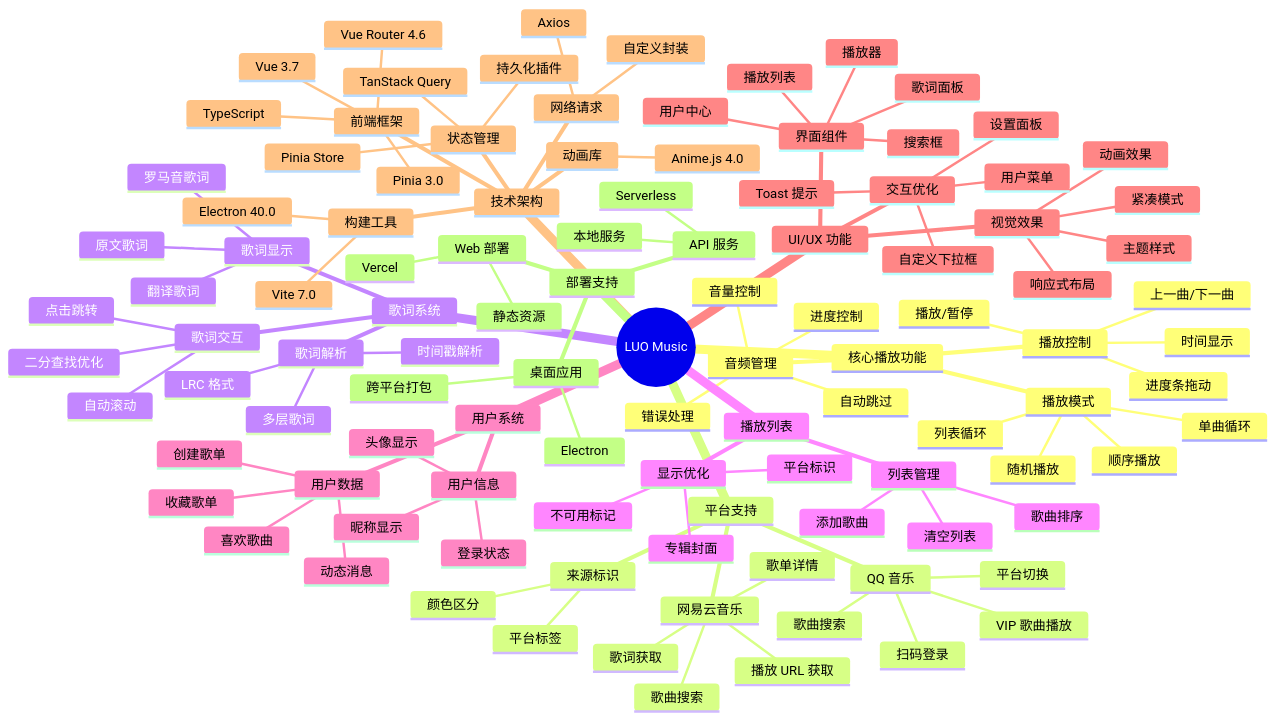
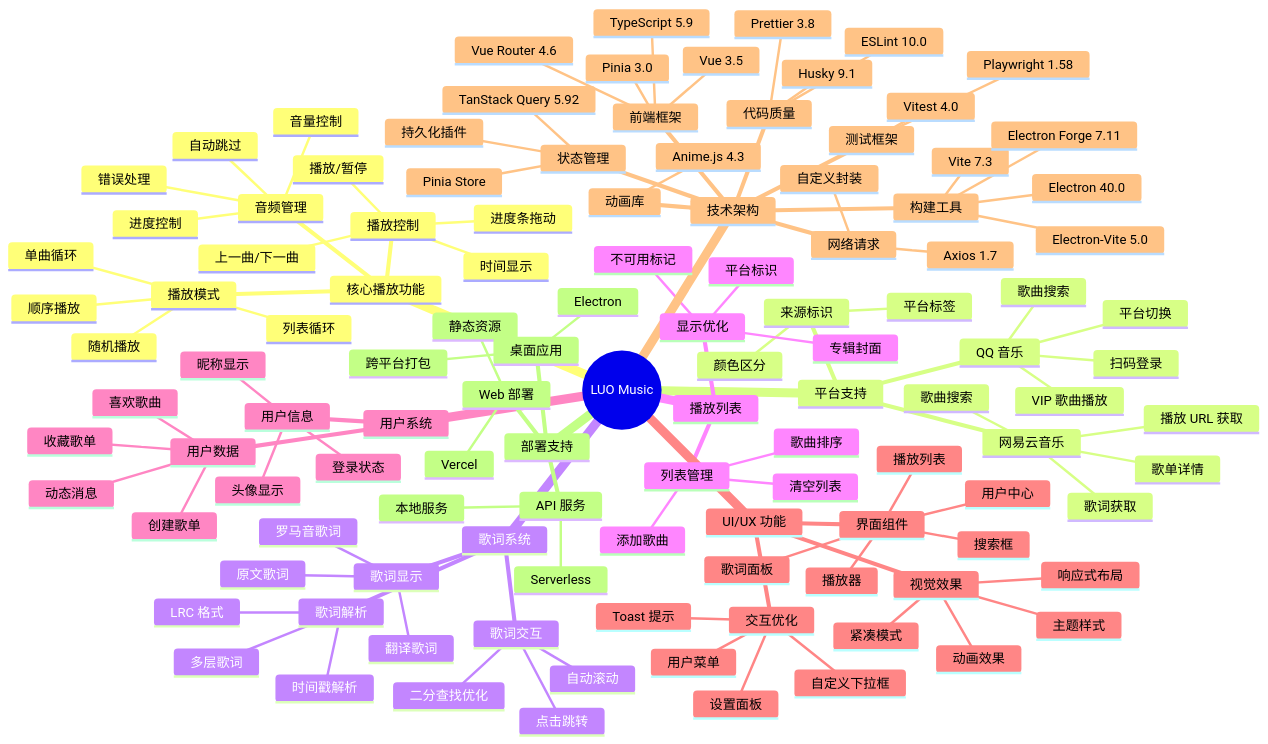
One commit to sansenjian/Luo-Music changed the diagram in README.md. Above: the diagram before and after it, drawn with Mermaid. The commit also changed other lines of this file and 314 other files, not shown here.

```diff
--- a/README.md
+++ b/README.md
@@ -142,22 +155,31 @@
     
     技术架构
       前端框架
-        Vue 3.7
+        Vue 3.5
         Pinia 3.0
         Vue Router 4.6
-        TypeScript
+        TypeScript 5.9
       构建工具
-        Vite 7.0
+        Vite 7.3
         Electron 40.0
+        Electron-Vite 5.0
+        Electron Forge 7.11
       动画库
-        Anime.js 4.0
+        Anime.js 4.3
       状态管理
         Pinia Store
-        TanStack Query
+        TanStack Query 5.92
         持久化插件
       网络请求
-        Axios
+        Axios 1.7
         自定义封装
+      代码质量
+        ESLint 10.0
+        Prettier 3.8
+        Husky 9.1
+      测试框架
+        Vitest 4.0
+        Playwright 1.58
     
     部署支持
       Web 部署
```
